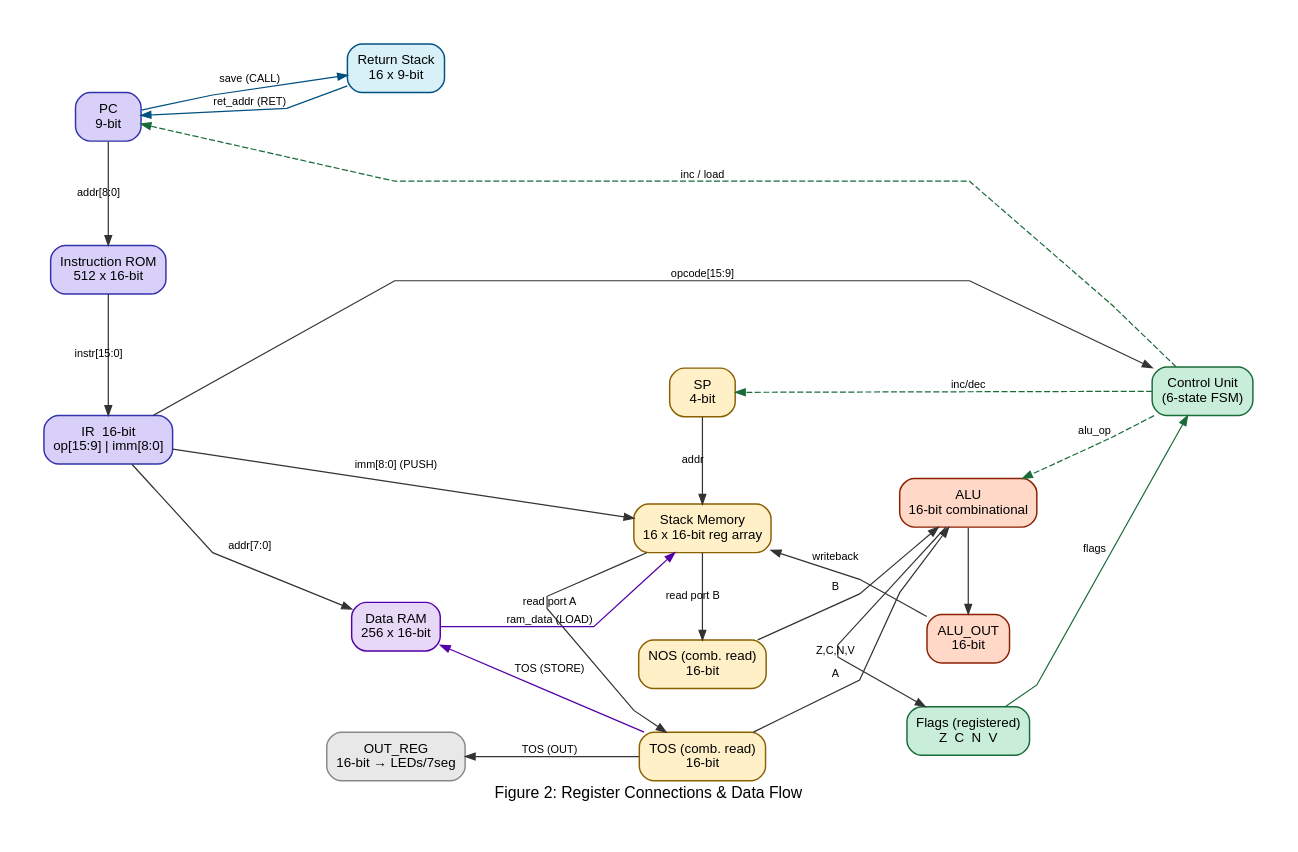
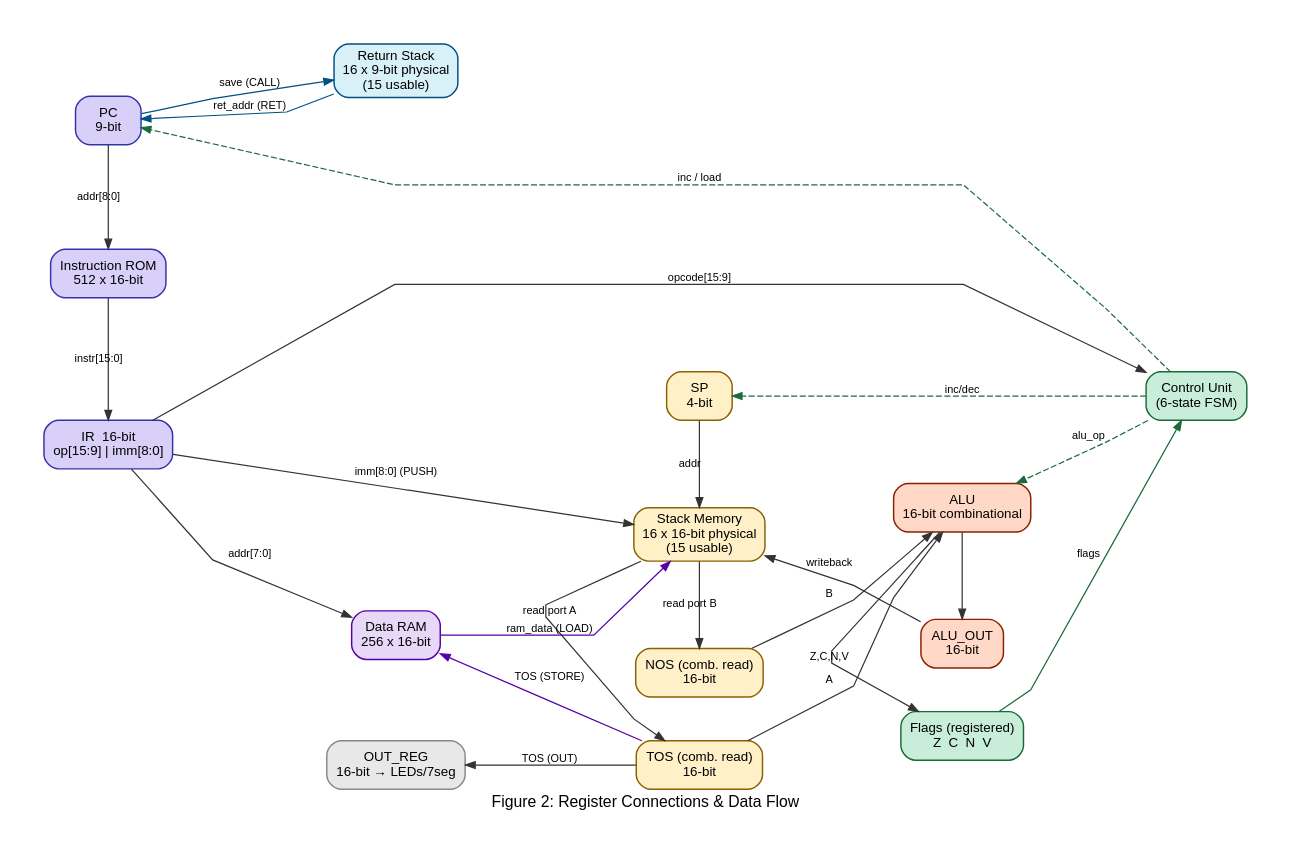
Before and after one commit to Faruk982/stack_cpu: the second of 5 diagrams in report.md, drawn with Graphviz. The commit also changed other lines of this file and 4 other files, not shown here.

````diff
--- a/report.md
+++ b/report.md
@@ -136,53 +136,53 @@
 ```graphviz
 digraph registers {
     graph [rankdir=LR, label="Figure 2: Register Connections & Data Flow", labelloc=b,
            fontname="Arial", fontsize=13, splines=polyline, nodesep=0.5, ranksep=0.9,
            bgcolor=white, pad=0.4]
     node  [fontname="Arial", fontsize=11, shape=box, style="filled,rounded",
            penwidth=1.2, height=0.55]
     edge  [fontname="Arial", fontsize=9, color="#333333", arrowsize=0.8]
 
     PC    [label="PC\n9-bit", fillcolor="#D8D0F8", color="#3333AA"]
     ROM   [label="Instruction ROM\n512 x 16-bit", fillcolor="#D8D0F8", color="#3333AA"]
     IR    [label="IR  16-bit\nop[15:9] | imm[8:0]", fillcolor="#D8D0F8", color="#3333AA"]
     CU    [label="Control Unit\n(6-state FSM)", fillcolor="#C8EDD8", color="#1a6b3a"]
     SP    [label="SP\n4-bit", fillcolor="#FFF0C8", color="#8B6000"]
-    SMEM  [label="Stack Memory\n16 x 16-bit reg array", fillcolor="#FFF0C8", color="#8B6000"]
+    SMEM  [label="Stack Memory\n16 x 16-bit physical\n(15 usable)", fillcolor="#FFF0C8", color="#8B6000"]
     TOS   [label="TOS (comb. read)\n16-bit", fillcolor="#FFF0C8", color="#8B6000"]
     NOS   [label="NOS (comb. read)\n16-bit", fillcolor="#FFF0C8", color="#8B6000"]
     ALU   [label="ALU\n16-bit combinational", fillcolor="#FFD8C8", color="#8B2000"]
     FLAGS [label="Flags (registered)\nZ  C  N  V", fillcolor="#C8EDD8", color="#1a6b3a"]
     ALUOUT[label="ALU_OUT\n16-bit", fillcolor="#FFD8C8", color="#8B2000"]
-    RSTK  [label="Return Stack\n16 x 9-bit", fillcolor="#D8F0F8", color="#005080"]
+    RSTK  [label="Return Stack\n16 x 9-bit physical\n(15 usable)", fillcolor="#D8F0F8", color="#005080"]
     DRAM  [label="Data RAM\n256 x 16-bit", fillcolor="#E8D8F8", color="#5500AA"]
     OUTREG[label="OUT_REG\n16-bit → LEDs/7seg", fillcolor="#E8E8E8", color="#888888"]
 
     PC    -> ROM    [label="addr[8:0]"]
     ROM   -> IR     [label="instr[15:0]"]
     IR    -> CU     [label="opcode[15:9]"]
     IR    -> SMEM   [label="imm[8:0] (PUSH)"]
     IR    -> DRAM   [label="addr[7:0]"]
     CU    -> PC     [label="inc / load", style=dashed, color="#1a6b3a"]
     CU    -> SP     [label="inc/dec", style=dashed, color="#1a6b3a"]
     SP    -> SMEM   [label="addr"]
     SMEM  -> TOS    [label="read port A"]
     SMEM  -> NOS    [label="read port B"]
     TOS   -> ALU    [label="A"]
     NOS   -> ALU    [label="B"]
     CU    -> ALU    [label="alu_op", style=dashed, color="#1a6b3a"]
     ALU   -> FLAGS  [label="Z,C,N,V"]
     ALU   -> ALUOUT
     FLAGS -> CU     [label="flags", color="#1a6b3a"]
     ALUOUT -> SMEM  [label="writeback"]
     TOS    -> OUTREG [label="TOS (OUT)"]
     TOS    -> DRAM   [label="TOS (STORE)", color="#5500AA"]
     DRAM   -> SMEM   [label="ram_data (LOAD)", color="#5500AA"]
     PC     -> RSTK   [label="save (CALL)", color="#005080"]
     RSTK   -> PC     [label="ret_addr (RET)", color="#005080"]
 
     { rank=same; PC; ROM; IR }
     { rank=same; SP; SMEM; TOS; NOS }
     { rank=same; ALU; ALUOUT; FLAGS }
     { rank=same; RSTK; DRAM; OUTREG }
 }
 ```
````
